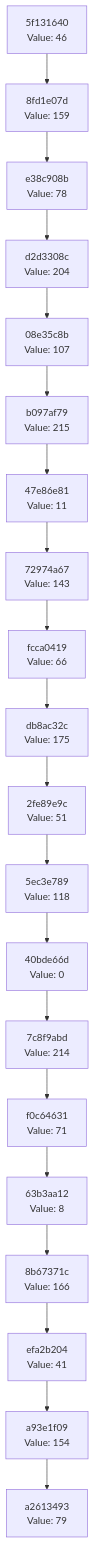
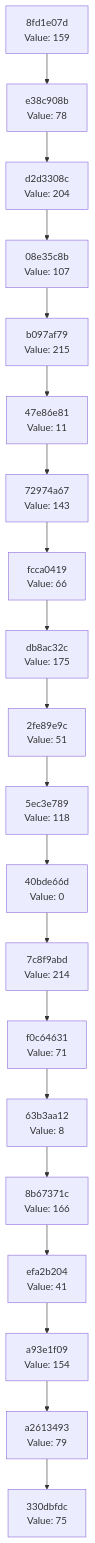
The diagram in docs/CHAIN_VISUALIZATION.md (Abhisheksinha1506/hash-chain-evolver), drawn with Mermaid before and after one commit. The commit also changed 2 other files, not shown here.

Commit message:
Evolution step: hash 0x4B → action executed

````diff
--- a/docs/CHAIN_VISUALIZATION.md
+++ b/docs/CHAIN_VISUALIZATION.md
@@ -3,42 +3,42 @@
 ```mermaid
 graph TD
-    C0["a2613493<br/>Value: 79"]
-    C1["a93e1f09<br/>Value: 154"]
+    C0["330dbfdc<br/>Value: 75"]
+    C1["a2613493<br/>Value: 79"]
     C1 --> C0
-    C2["efa2b204<br/>Value: 41"]
+    C2["a93e1f09<br/>Value: 154"]
     C2 --> C1
-    C3["8b67371c<br/>Value: 166"]
+    C3["efa2b204<br/>Value: 41"]
     C3 --> C2
-    C4["63b3aa12<br/>Value: 8"]
+    C4["8b67371c<br/>Value: 166"]
     C4 --> C3
-    C5["f0c64631<br/>Value: 71"]
+    C5["63b3aa12<br/>Value: 8"]
     C5 --> C4
-    C6["7c8f9abd<br/>Value: 214"]
+    C6["f0c64631<br/>Value: 71"]
     C6 --> C5
-    C7["40bde66d<br/>Value: 0"]
+    C7["7c8f9abd<br/>Value: 214"]
     C7 --> C6
-    C8["5ec3e789<br/>Value: 118"]
+    C8["40bde66d<br/>Value: 0"]
     C8 --> C7
-    C9["2fe89e9c<br/>Value: 51"]
+    C9["5ec3e789<br/>Value: 118"]
     C9 --> C8
-    C10["db8ac32c<br/>Value: 175"]
+    C10["2fe89e9c<br/>Value: 51"]
     C10 --> C9
-    C11["fcca0419<br/>Value: 66"]
+    C11["db8ac32c<br/>Value: 175"]
     C11 --> C10
-    C12["72974a67<br/>Value: 143"]
+    C12["fcca0419<br/>Value: 66"]
     C12 --> C11
-    C13["47e86e81<br/>Value: 11"]
+    C13["72974a67<br/>Value: 143"]
     C13 --> C12
-    C14["b097af79<br/>Value: 215"]
+    C14["47e86e81<br/>Value: 11"]
     C14 --> C13
-    C15["08e35c8b<br/>Value: 107"]
+    C15["b097af79<br/>Value: 215"]
     C15 --> C14
-    C16["d2d3308c<br/>Value: 204"]
+    C16["08e35c8b<br/>Value: 107"]
     C16 --> C15
-    C17["e38c908b<br/>Value: 78"]
+    C17["d2d3308c<br/>Value: 204"]
     C17 --> C16
-    C18["8fd1e07d<br/>Value: 159"]
+    C18["e38c908b<br/>Value: 78"]
     C18 --> C17
-    C19["5f131640<br/>Value: 46"]
+    C19["8fd1e07d<br/>Value: 159"]
     C19 --> C18
 ```
````
